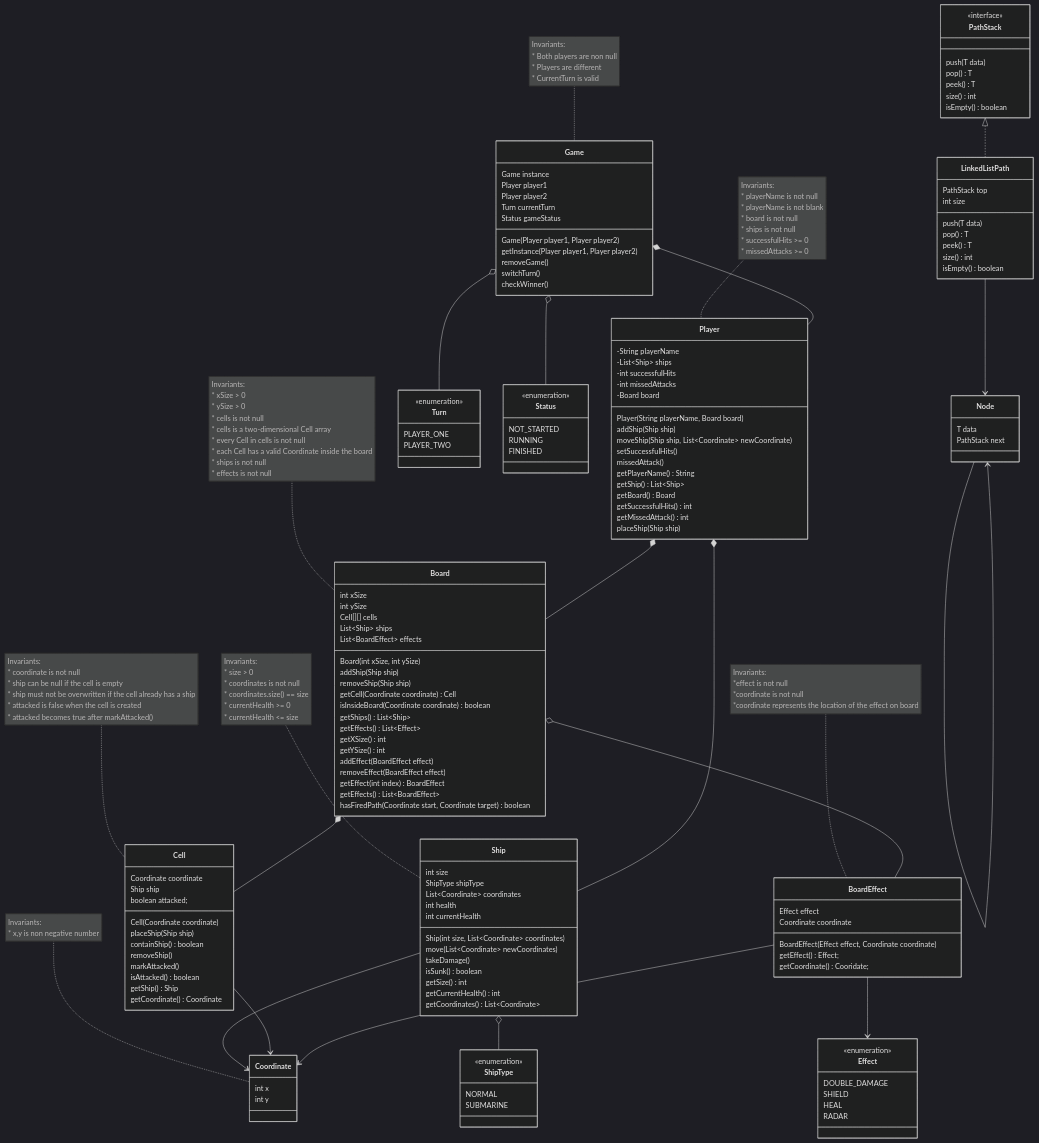
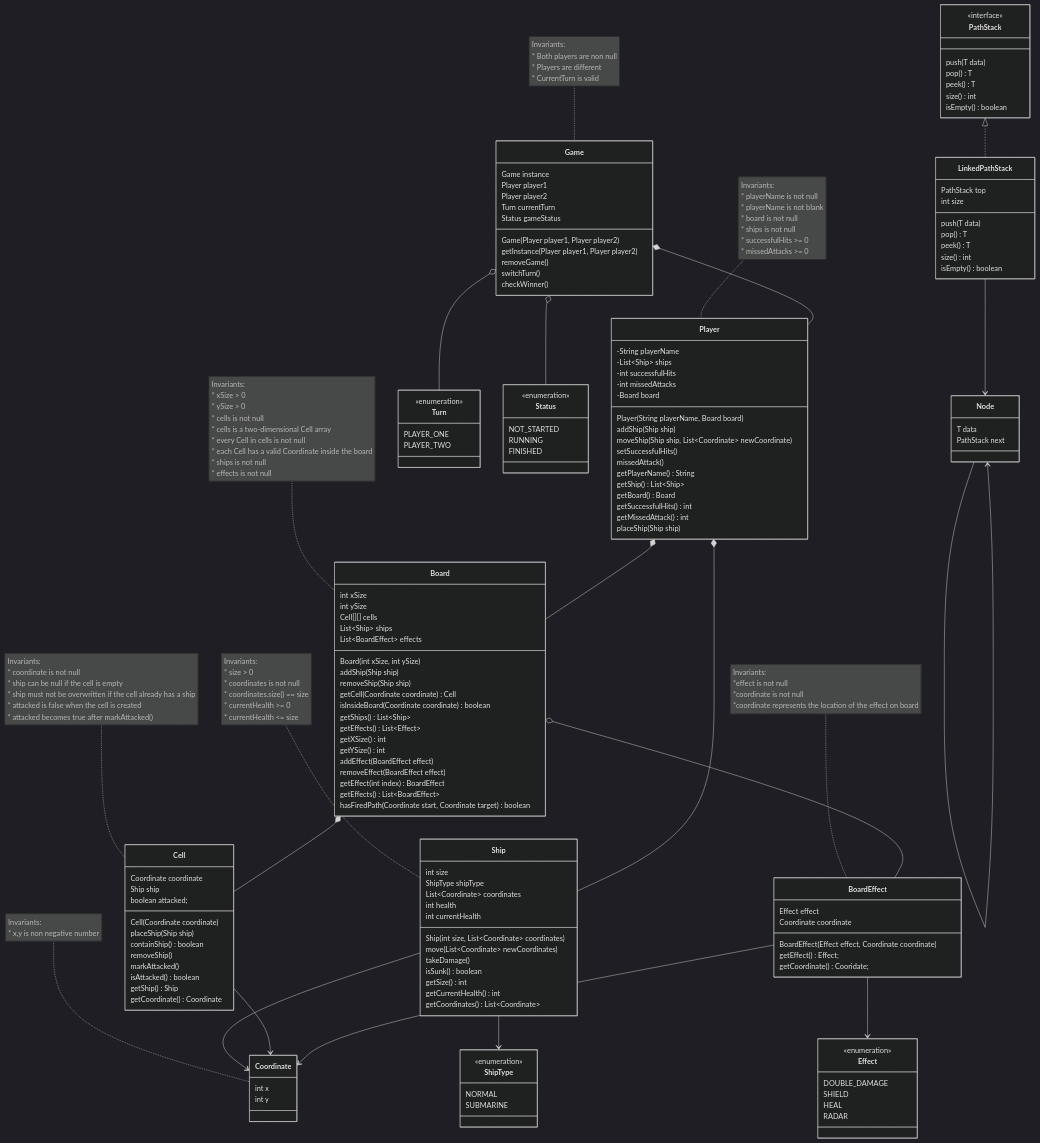
The seventh of 7 diagrams in README.md (ThienTang923/COMP-2450-Battleship), drawn with Mermaid (dark theme) before and after one commit. The commit also changed other lines of this file, not shown here.

Commit message:
Create `hasFirePath(Coordinate start, Coordinate target) boolean` method to check for the submarine ship Create `Node`, `PathStack`, `LinkedPathStack` to use my own linked list data structure

````diff
--- a/README.md
+++ b/README.md
@@ -413,7 +413,7 @@
         isEmpty() boolean
     }
     
-    class LinkedListPath {
+    class LinkedPathStack {
         PathStack top
         int size
         
@@ -428,20 +428,23 @@
         T data 
         PathStack next
     }
-    PathStack <|.. LinkedListPath
-    LinkedListPath --> Node
+    PathStack <|.. LinkedPathStack
+    LinkedPathStack --> Node
     Node-->Node
     
     Game *-- Player
     Player *-- Ship
     Player *-- Board
     Board *-- Cell
+    
     Ship --> Coordinate
-    Ship o-- ShipType
+    Ship --> ShipType
     Cell --> Coordinate
+    
     Board o-- BoardEffect
     Game o-- Turn
     Game o-- Status
+    
     BoardEffect --> Effect
     BoardEffect --> Coordinate
 ```
````
